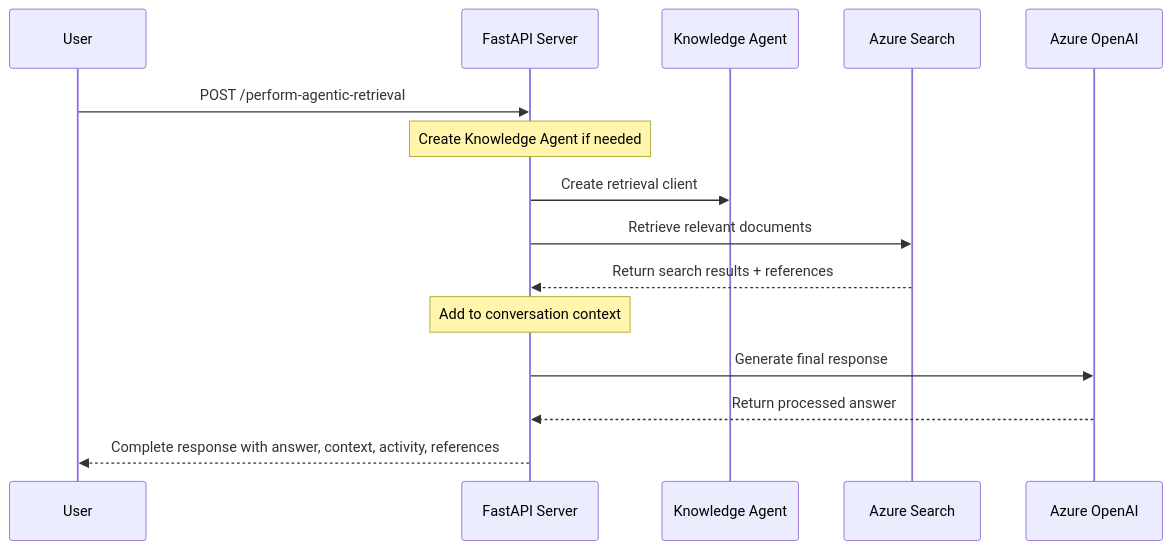
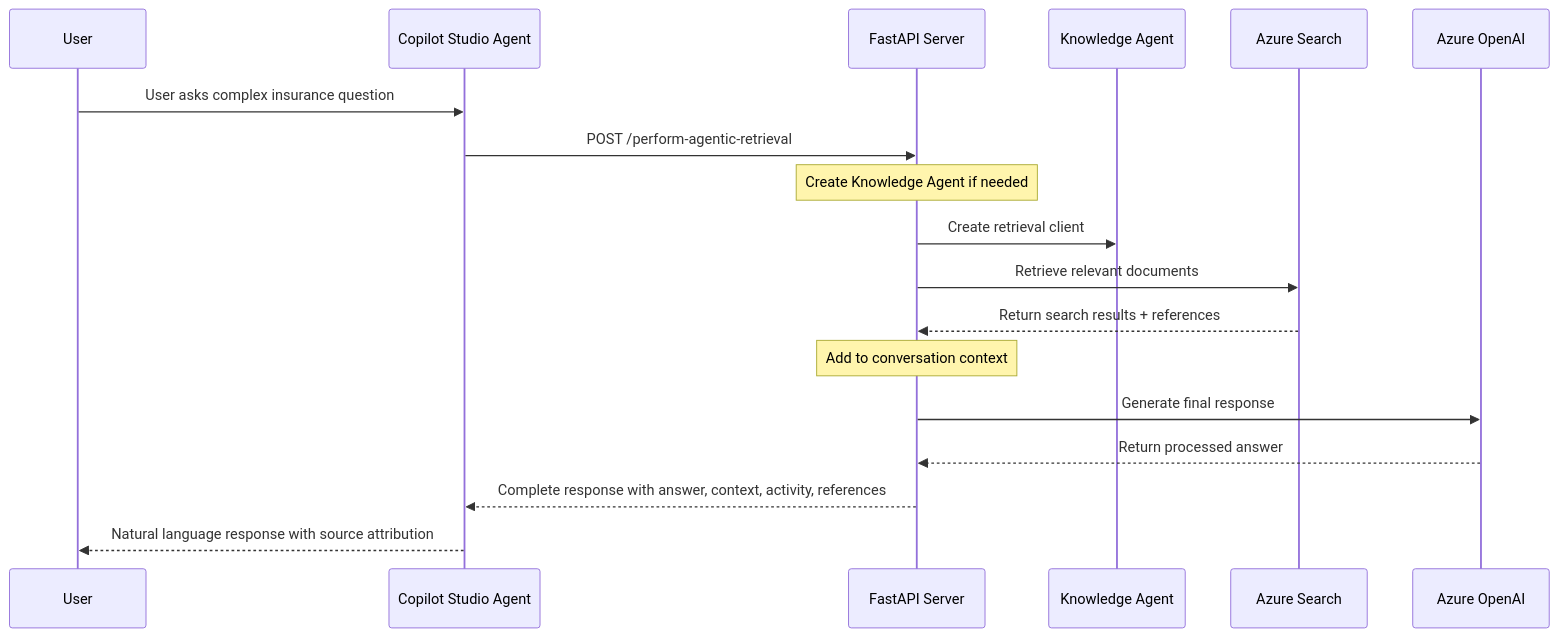
One commit to Shrusti13/mcs-agentic-retrieval-azure-search changed the second of 3 diagrams in readme.md. Above: the diagram before and after it, drawn with Mermaid.

````diff
--- a/readme.md
+++ b/readme.md
@@ -82,18 +82,21 @@
 ```mermaid
 sequenceDiagram
     participant U as User
+    participant CS as Copilot Studio Agent
     participant API as FastAPI Server
     participant KA as Knowledge Agent
     participant AS as Azure Search
     participant LLM as Azure OpenAI
     
-    U->>API: POST /perform-agentic-retrieval
+    U->>CS: User asks complex insurance question
+    CS->>API: POST /perform-agentic-retrieval
     Note over API: Create Knowledge Agent if needed
     API->>KA: Create retrieval client
     API->>AS: Retrieve relevant documents
     AS-->>API: Return search results + references
     Note over API: Add to conversation context
     API->>LLM: Generate final response
     LLM-->>API: Return processed answer
-    API-->>U: Complete response with answer, context, activity, references
+    API-->>CS: Complete response with answer, context, activity, references
+    CS-->>U: Natural language response with source attribution
 ```
````
